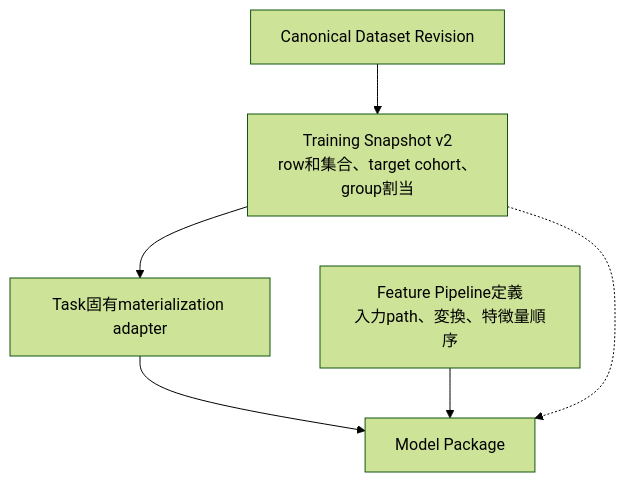
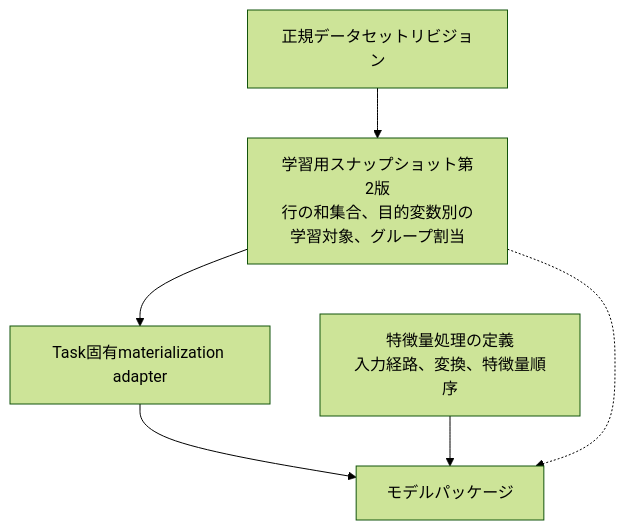
Before and after one commit to mryk814/re-process-dashboard: the diagram in docs/learning/chapters/source-to-training-evidence.qmd, drawn with Mermaid (forest theme). The commit also changed other lines of this file and 44 other files, not shown here.

````diff
--- a/docs/learning/chapters/source-to-training-evidence.qmd
+++ b/docs/learning/chapters/source-to-training-evidence.qmd
@@ -438,8 +439,8 @@
 ```{mermaid}
 flowchart TB
-  C["Canonical Dataset Revision"] --> T["Training Snapshot v2<br/>row和集合、target cohort、group割当"]
+  C["正規データセットリビジョン"] --> T["学習用スナップショット第2版<br/>行の和集合、目的変数別の学習対象、グループ割当"]
   T --> A["Task固有materialization adapter"]
-  A --> P["Model Package"]
-  F["Feature Pipeline定義<br/>入力path、変換、特徴量順序"] --> P
+  A --> P["モデルパッケージ"]
+  F["特徴量処理の定義<br/>入力経路、変換、特徴量順序"] --> P
   T -.-> P
 ```
````
